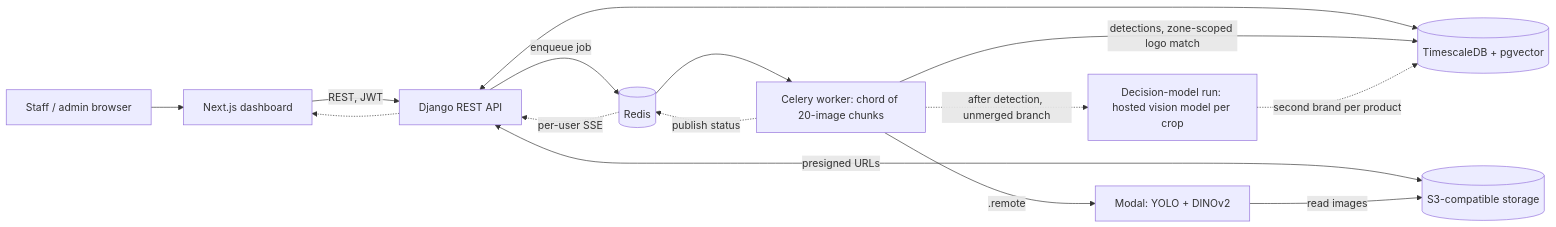
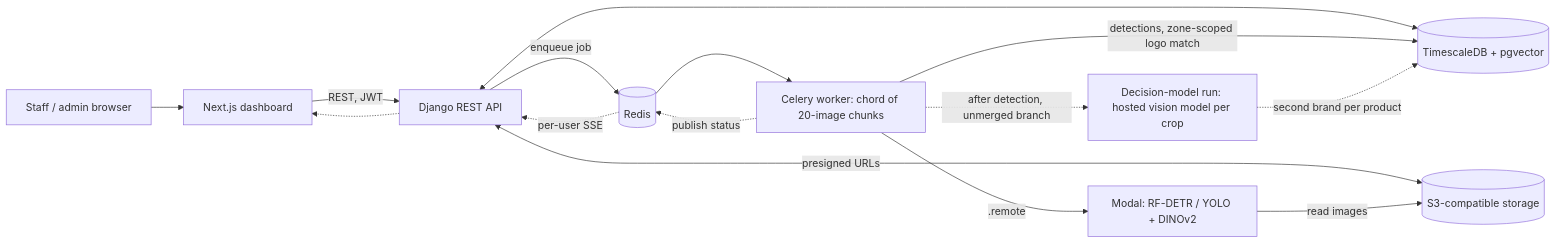
The diagram in evidence/themather/2026-retail-shelf-computer-vision-analytics-platform.md (chuan-khuna/resume-builder), drawn with Mermaid before and after one commit. The commit also changed other lines of this file, not shown here.

````diff
--- a/evidence/themather/2026-retail-shelf-computer-vision-analytics-platform.md
+++ b/evidence/themather/2026-retail-shelf-computer-vision-analytics-platform.md
@@ -240,17 +296,17 @@
 ```mermaid
 flowchart LR
   U[Staff / admin browser] --> FE[Next.js dashboard]
   FE -->|REST, JWT| BE[Django REST API]
   BE <--> DB[(TimescaleDB + pgvector)]
   BE <-->|presigned URLs| OS[(S3-compatible storage)]
   BE -->|enqueue job| R[(Redis)]
   R --> W[Celery worker: chord of 20-image chunks]
-  W -->|.remote| M[Modal: YOLO + DINOv2]
+  W -->|.remote| M[Modal: RF-DETR / YOLO + DINOv2]
   M -->|read images| OS
   W -->|detections, zone-scoped logo match| DB
   W -.->|publish status| R
   W -.->|after detection, unmerged branch| DM[Decision-model run: hosted vision model per crop]
   DM -.->|second brand per product| DB
   R -.->|per-user SSE| BE
   BE -.-> FE
 ```
````
